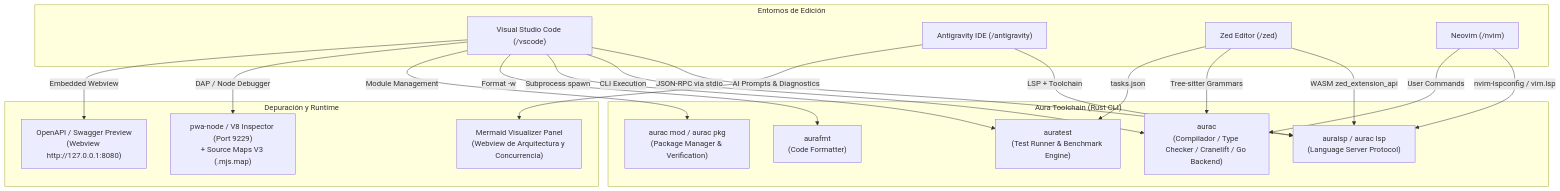
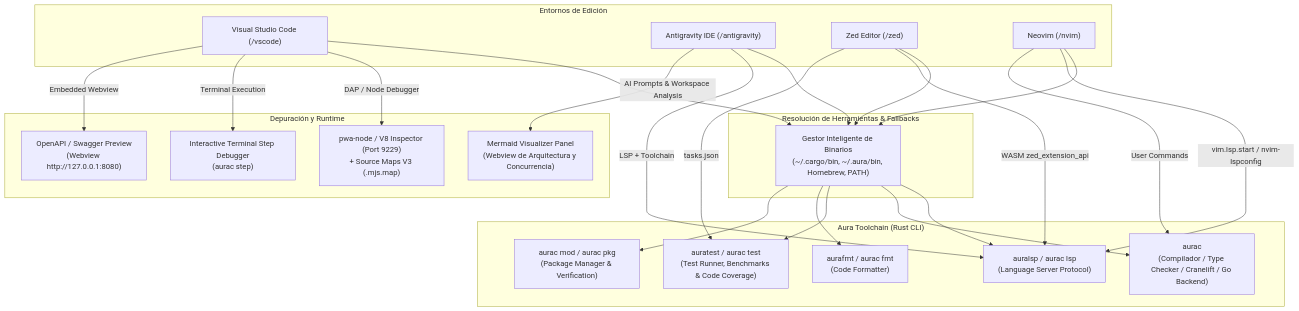
The diagram in README.md (aura-lang-developer/aura-extentions), drawn with Mermaid before and after one commit. The commit also changed other lines of this file and 10358 other files, not shown here.

````diff
--- a/README.md
+++ b/README.md
@@ -35,41 +35,52 @@
 ```mermaid
 graph TD
     subgraph Editors["Entornos de Edición"]
         VSCode["Visual Studio Code (/vscode)"]
         AntiGravity["Antigravity IDE (/antigravity)"]
         Zed["Zed Editor (/zed)"]
         Nvim["Neovim (/nvim)"]
     end
 
+    subgraph ToolResolution["Resolución de Herramientas & Fallbacks"]
+        ToolManager["Gestor Inteligente de Binarios\n(~/.cargo/bin, ~/.aura/bin, Homebrew, PATH)"]
+    end
+
     subgraph AuraToolchain["Aura Toolchain (Rust CLI)"]
         AuraLSP["auralsp / aurac lsp\n(Language Server Protocol)"]
         AuraCompiler["aurac\n(Compilador / Type Checker / Cranelift / Go Backend)"]
-        AuraTest["auratest\n(Test Runner & Benchmark Engine)"]
-        AuraFmt["aurafmt\n(Code Formatter)"]
+        AuraTest["auratest / aurac test\n(Test Runner, Benchmarks & Code Coverage)"]
+        AuraFmt["aurafmt / aurac fmt\n(Code Formatter)"]
         AuraMod["aurac mod / aurac pkg\n(Package Manager & Verification)"]
     end
 
     subgraph RuntimeDebug["Depuración y Runtime"]
         NodeDebug["pwa-node / V8 Inspector (Port 9229)\n+ Source Maps V3 (.mjs.map)"]
+        StepDebug["Interactive Terminal Step Debugger\n(aurac step)"]
         SwaggerUI["OpenAPI / Swagger Preview\n(Webview http://127.0.0.1:8080)"]
         MermaidVisualizer["Mermaid Visualizer Panel\n(Webview de Arquitectura y Concurrencia)"]
     end
 
-    VSCode -->|JSON-RPC via stdio| AuraLSP
-    VSCode -->|CLI Execution| AuraCompiler
-    VSCode -->|Subprocess spawn| AuraTest
-    VSCode -->|Format -w| AuraFmt
-    VSCode -->|Module Management| AuraMod
+    VSCode --> ToolManager
+    AntiGravity --> ToolManager
+    Zed --> ToolManager
+    Nvim --> ToolManager
+
+    ToolManager --> AuraLSP
+    ToolManager --> AuraCompiler
+    ToolManager --> AuraTest
+    ToolManager --> AuraFmt
+    ToolManager --> AuraMod
+
     VSCode -->|DAP / Node Debugger| NodeDebug
+    VSCode -->|Terminal Execution| StepDebug
     VSCode -->|Embedded Webview| SwaggerUI
 
     AntiGravity -->|LSP + Toolchain| AuraLSP
-    AntiGravity -->|AI Prompts & Diagnostics| MermaidVisualizer
+    AntiGravity -->|AI Prompts & Workspace Analysis| MermaidVisualizer
 
     Zed -->|WASM zed_extension_api| AuraLSP
-    Zed -->|Tree-sitter Grammars| AuraCompiler
     Zed -->|tasks.json| AuraTest
 
-    Nvim -->|nvim-lspconfig / vim.lsp| AuraLSP
+    Nvim -->|vim.lsp.start / nvim-lspconfig| AuraLSP
     Nvim -->|User Commands| AuraCompiler
 ```
````
